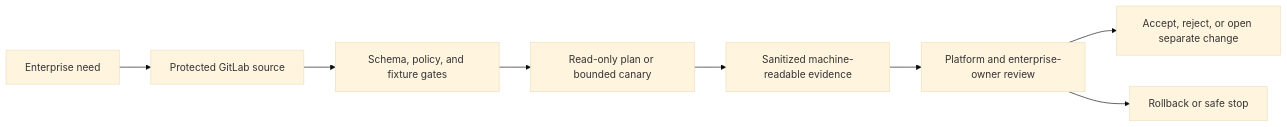
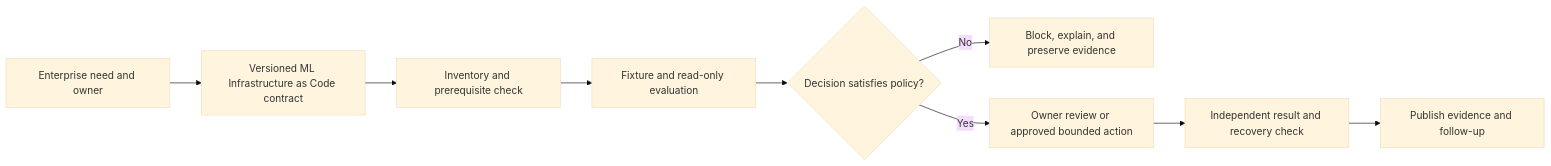
Before and after one commit to MIDHTECH/enterprise-architecture-docs: the diagram in docs/use-cases/mlops/UC-MLOPS-013-ml-infrastructure-as-code.md, drawn with Mermaid (base theme). The commit also changed other lines of this file and 14 other files, not shown here.

````diff
--- a/docs/use-cases/mlops/UC-MLOPS-013-ml-infrastructure-as-code.md
+++ b/docs/use-cases/mlops/UC-MLOPS-013-ml-infrastructure-as-code.md
@@ -68,10 +136,11 @@
 ```mermaid
 flowchart LR
-    Need["Enterprise need"] --> Source["Protected GitLab source"]
-    Source --> CI["Schema, policy, and fixture gates"]
-    CI --> Plan["Read-only plan or bounded canary"]
-    Plan --> Evidence["Sanitized machine-readable evidence"]
-    Evidence --> Review["Platform and enterprise-owner review"]
-    Review --> Accept["Accept, reject, or open separate change"]
-    Review --> Recover["Rollback or safe stop"]
+    Need["Enterprise need and owner"] --> Contract["Versioned ML Infrastructure as Code contract"]
+    Contract --> Preflight["Inventory and prerequisite check"]
+    Preflight --> Evaluate["Fixture and read-only evaluation"]
+    Evaluate --> Decision{"Decision satisfies policy?"}
+    Decision -->|No| Stop["Block, explain, and preserve evidence"]
+    Decision -->|Yes| Review["Owner review or approved bounded action"]
+    Review --> Verify["Independent result and recovery check"]
+    Verify --> Publish["Publish evidence and follow-up"]
 ```
````
